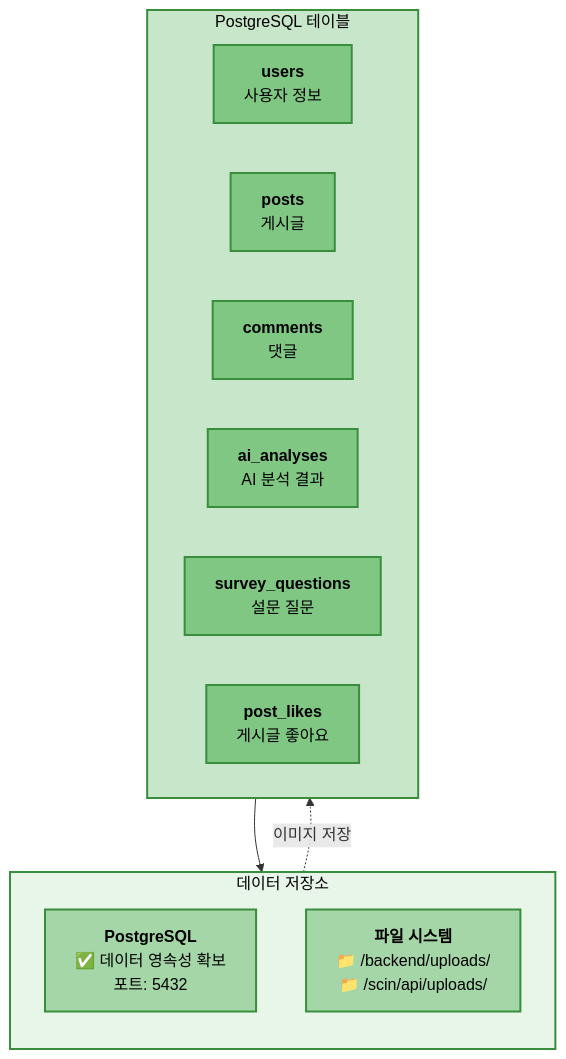
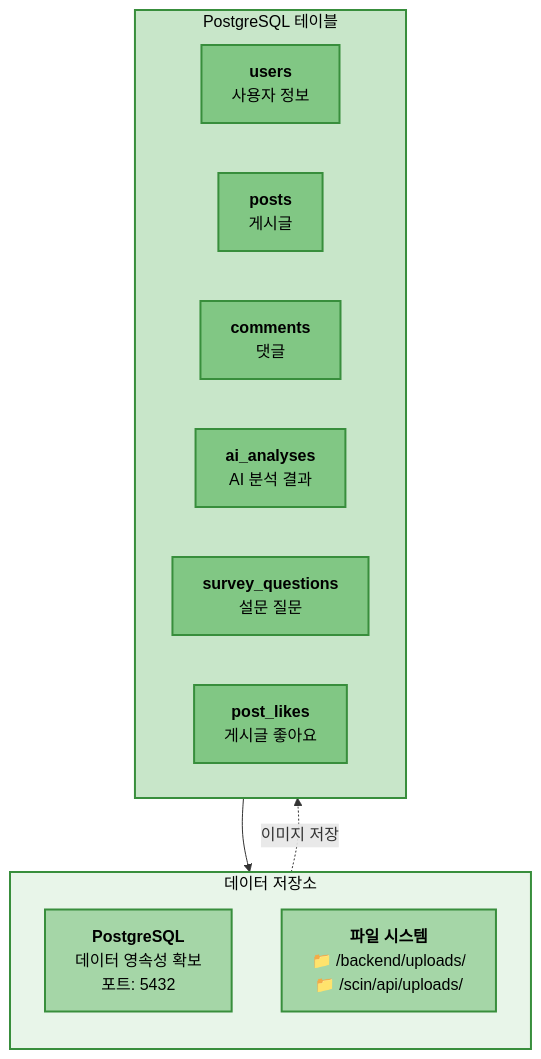
Before and after one commit to kyoe-23/DeepLearning_project: the sixth of 12 diagrams in Architecture.md, drawn with Mermaid. The commit also changed other lines of this file, not shown here.

````diff
--- a/Architecture.md
+++ b/Architecture.md
@@ -278,32 +278,32 @@
 ```mermaid
 graph TB
     subgraph STORAGE["데이터 저장소"]
         direction TB
-        POSTGRES["<b>PostgreSQL</b><br/>✅ 데이터 영속성 확보<br/>포트: 5432"]
+        POSTGRES["<b>PostgreSQL</b><br/>데이터 영속성 확보<br/>포트: 5432"]
         FILES["<b>파일 시스템</b><br/>📁 /backend/uploads/<br/>📁 /scin/api/uploads/"]
     end
 
     subgraph TABLES["PostgreSQL 테이블"]
         direction LR
         USERS["<b>users</b><br/>사용자 정보"]
         POSTS["<b>posts</b><br/>게시글"]
         COMMENTS["<b>comments</b><br/>댓글"]
         ANALYSES["<b>ai_analyses</b><br/>AI 분석 결과"]
         SURVEYS["<b>survey_questions</b><br/>설문 질문"]
         LIKES["<b>post_likes</b><br/>게시글 좋아요"]
     end
 
     TABLES --> POSTGRES
     FILES -.->|"이미지 저장"| ANALYSES
 
     style STORAGE fill:#E8F5E9,stroke:#388E3C,stroke-width:2px,color:#000
     style TABLES fill:#C8E6C9,stroke:#388E3C,stroke-width:2px,color:#000
     style POSTGRES fill:#A5D6A7,stroke:#388E3C,stroke-width:2px,color:#000
     style FILES fill:#A5D6A7,stroke:#388E3C,stroke-width:2px,color:#000
     style USERS fill:#81C784,stroke:#388E3C,stroke-width:2px,color:#000
     style POSTS fill:#81C784,stroke:#388E3C,stroke-width:2px,color:#000
     style COMMENTS fill:#81C784,stroke:#388E3C,stroke-width:2px,color:#000
     style ANALYSES fill:#81C784,stroke:#388E3C,stroke-width:2px,color:#000
     style SURVEYS fill:#81C784,stroke:#388E3C,stroke-width:2px,color:#000
     style LIKES fill:#81C784,stroke:#388E3C,stroke-width:2px,color:#000
 ```
````
